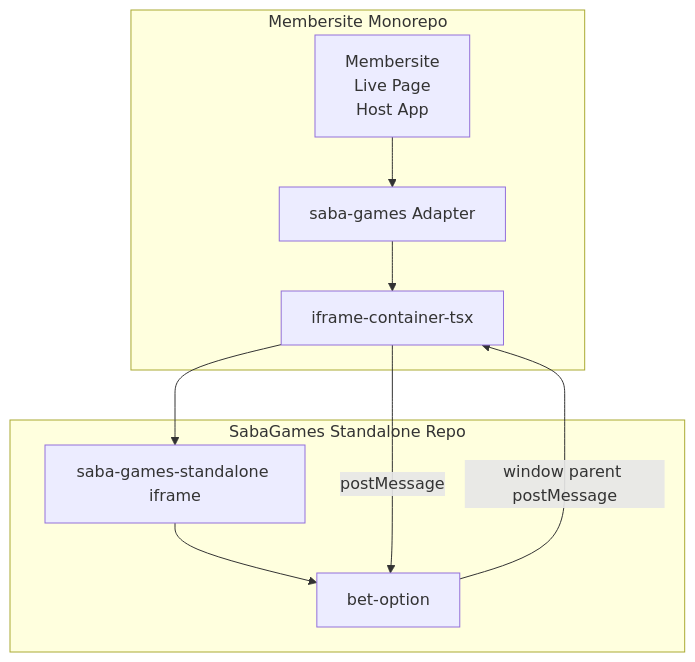
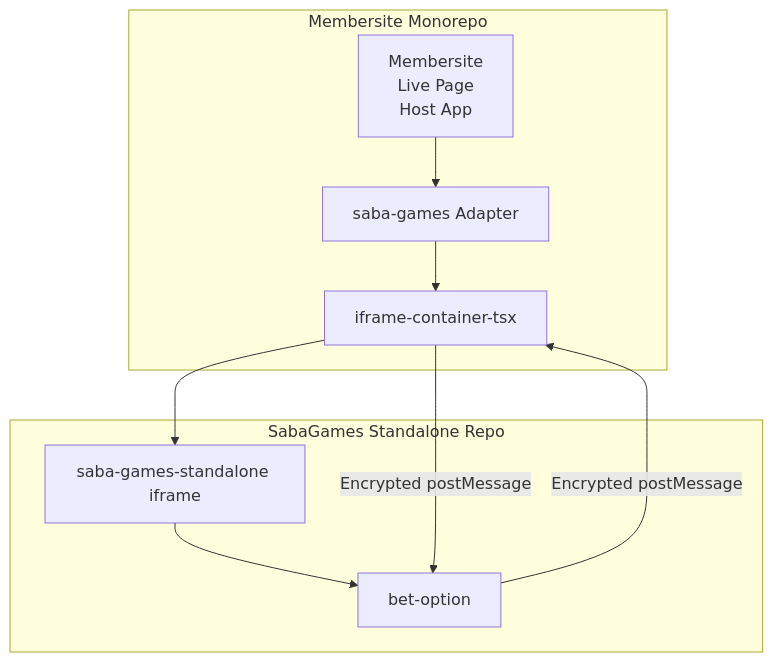
Before and after one commit to starixvn/l1_game-clients_sedie-client-demo: the second of 2 diagrams in seal-monorepo/libs/saba-games/IFRAME-ARCHITECTURE.md, drawn with Mermaid. The commit also changed other lines of this file and 31 other files, not shown here.

````diff
--- a/seal-monorepo/libs/saba-games/IFRAME-ARCHITECTURE.md
+++ b/seal-monorepo/libs/saba-games/IFRAME-ARCHITECTURE.md
@@ -55,20 +55,20 @@
 ```mermaid
 flowchart TD
     subgraph Membersite Monorepo
         MembersiteLivePage[Membersite \nLive Page\nHost App]
         SabaGamesAdapter[saba-games Adapter]
         IframeContainer[iframe-container-tsx]
         MembersiteLivePage --> SabaGamesAdapter
         SabaGamesAdapter --> IframeContainer
     end
 
     subgraph SabaGames Standalone Repo
         SabaGamesStandalone[saba-games-standalone iframe]
         BetOption[bet-option]
         SabaGamesStandalone --> BetOption
     end
 
     IframeContainer --> SabaGamesStandalone
-    BetOption -- window parent postMessage --> IframeContainer
-    IframeContainer -- postMessage --> BetOption
+    BetOption -- Encrypted postMessage --> IframeContainer
+    IframeContainer -- Encrypted postMessage --> BetOption
 ```
````
